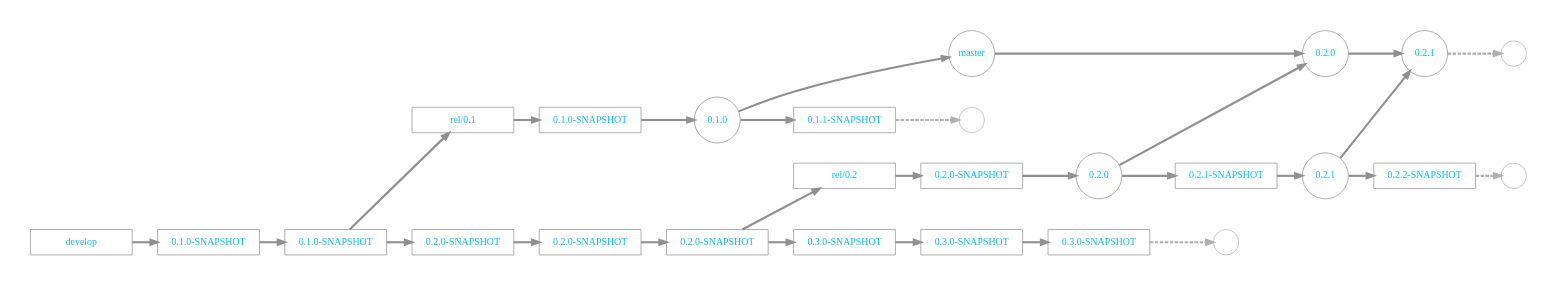
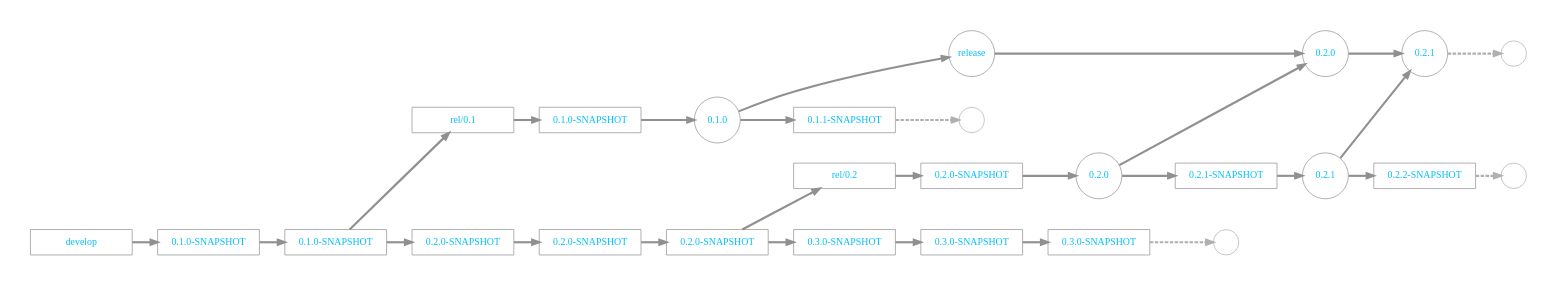
Before and after one commit to apache/plc4x: the diagram in src/site/asciidoc/developers/contributing.adoc, drawn with Graphviz. The commit also changed other lines of this file and 4 other files, not shown here.

Commit message:
- Updated references to "master" to "release" in documentation and tooling

```diff
--- a/src/site/asciidoc/developers/contributing.adoc
+++ b/src/site/asciidoc/developers/contributing.adoc
@@ -138,63 +138,63 @@
 [graphviz, plc4x-branching-model, png]
 ----
 digraph g{
     rankdir="LR";
     pad=0.5;
     nodesep=0.6;
     ranksep=0.5;
     forcelabels=true;
 
     node [fixedsize=true,
         shape=circle, style=empty, color="#909090", height=0.5
         fontcolor="deepskyblue", font="Arial bold", fontsize="14pt" ];
     edge [color="#909090", penwidth=3];
 
-    node  [group="master"];
-    m1    [label="master", width=0.9];
+    node  [group="release"];
+    m1    [label="release", width=0.9];
     m2   [label="0.2.0", width=0.9];
     m3   [label="0.2.1", width=0.9];
     m4   [label="", shape=circle, color="#b0b0b0"];
     m1 -> m2 -> m3
     m3 -> m4 [color="#b0b0b0", style=dashed];
 
     node  [group="rel/0.1", Ylabel="hurz"];
     r11   [label="rel/0.1", width=2, shape=box];
     r12   [label="0.1.0-SNAPSHOT", width=2, shape=box];
     r13   [label="0.1.0", width=0.9];
     r14   [label="0.1.1-SNAPSHOT", width=2, shape=box];
     r15   [label="", shape=circle, color="#b0b0b0"];
     r11 -> r12 -> r13 -> r14;
     r14 -> r15 [color="#b0b0b0", style=dashed];
     r13 -> m1
 
     node  [group="rel/0.2", Ylabel="hurz"];
     r21   [label="rel/0.2", width=2, shape=box];
     r22   [label="0.2.0-SNAPSHOT", width=2, shape=box];
     r23   [label="0.2.0", width=0.9];
     r24   [label="0.2.1-SNAPSHOT", width=2, shape=box];
     r25   [label="0.2.1", width=0.9];
     r26   [label="0.2.2-SNAPSHOT", width=2, shape=box];
     r27   [label="", shape=circle, color="#b0b0b0"];
     r21 -> r22 -> r23 -> r24 -> r25 -> r26;
     r26 -> r27 [color="#b0b0b0", style=dashed];
     r23 -> m2
     r25 -> m3
 
     node  [group="develop"];
     d1    [label="develop", width=2, shape=box];
     d2    [label="0.1.0-SNAPSHOT", width=2, shape=box];
     d3    [label="0.1.0-SNAPSHOT", width=2, shape=box];
     d4    [label="0.2.0-SNAPSHOT", width=2, shape=box];
     d5    [label="0.2.0-SNAPSHOT", width=2, shape=box];
     d6    [label="0.2.0-SNAPSHOT", width=2, shape=box];
     d7    [label="0.3.0-SNAPSHOT", width=2, shape=box];
     d8    [label="0.3.0-SNAPSHOT", width=2, shape=box];
     d9    [label="0.3.0-SNAPSHOT", width=2, shape=box];
     d10    [label="", shape=circle, color="#b0b0b0"];
     d1 -> d2 -> d3 -> d4 -> d5 -> d6 -> d7 -> d8 -> d9;
     d9 -> d10 [color="#b0b0b0", style=dashed];
 
     d3 -> r11
     d6 -> r21
 }
 ----
```
